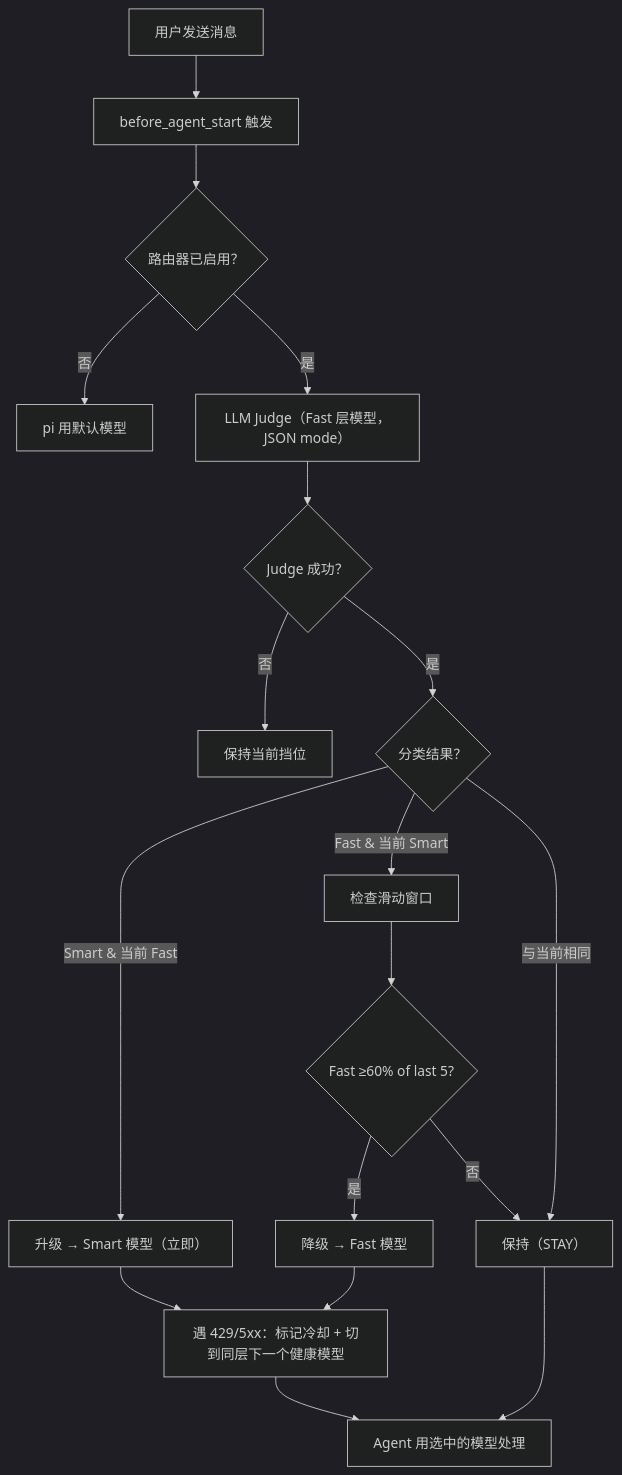
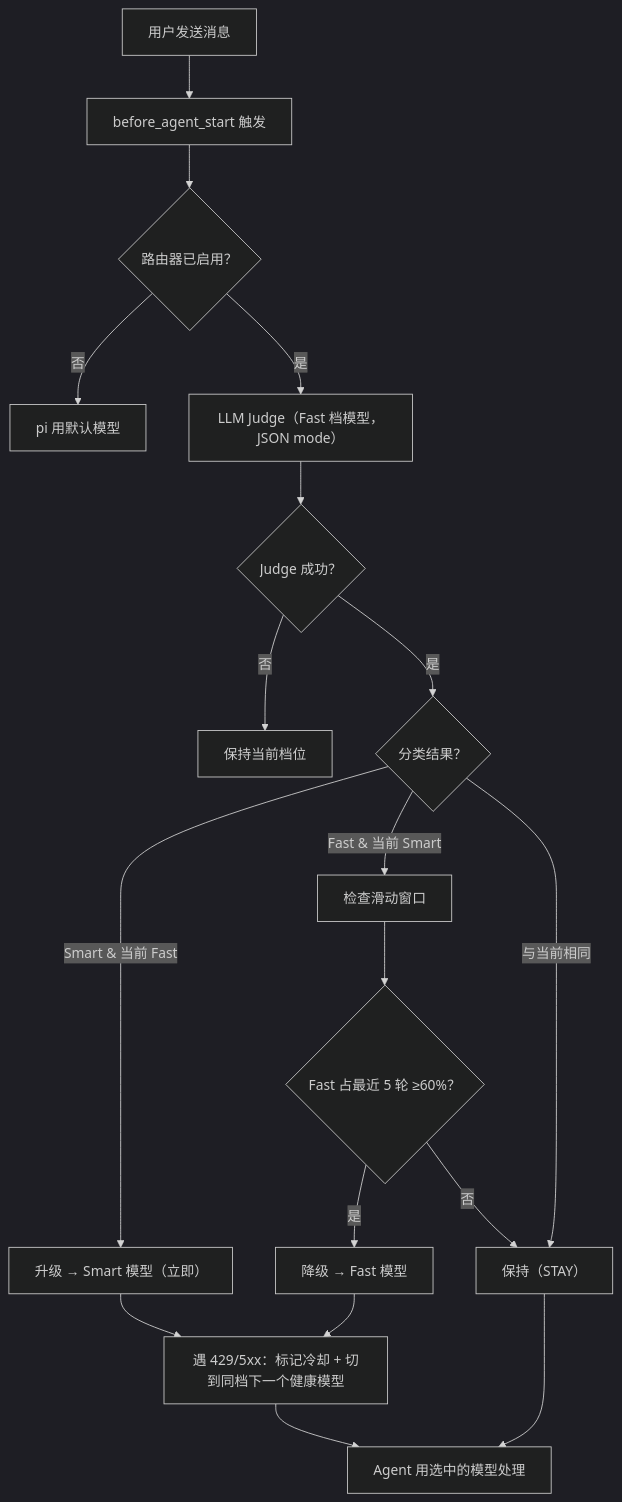
The diagram in README.zh-CN.md (Groveer/pi-shift-router), drawn with Mermaid (dark theme) before and after one commit. The commit also changed other lines of this file and 1 other file, not shown here.

````diff
--- a/README.zh-CN.md
+++ b/README.zh-CN.md
@@ -135,20 +140,20 @@
 ```mermaid
 flowchart TD
     Input["用户发送消息"]
     Input --> Hook["before_agent_start 触发"]
     Hook --> Enabled{"路由器已启用？"}
     Enabled -->|否| Skip["pi 用默认模型"]
-    Enabled -->|是| Judge["LLM Judge（Fast 层模型，JSON mode）"]
+    Enabled -->|是| Judge["LLM Judge（Fast 档模型，JSON mode）"]
     Judge --> Fail{"Judge 成功？"}
-    Fail -->|否| Fallback["保持当前挡位"]
+    Fail -->|否| Fallback["保持当前档位"]
     Fail -->|是| Decide
     Decide{"分类结果？"}
     Decide -->|Smart & 当前 Fast| Upgrade["升级 → Smart 模型（立即）"]
     Decide -->|Fast & 当前 Smart| Trend["检查滑动窗口"]
     Decide -->|与当前相同| Stay["保持（STAY）"]
-    Trend --> Stable{"Fast ≥60% of last 5?"}
+    Trend --> Stable{"Fast 占最近 5 轮 ≥60%？"}
     Stable -->|是| Down["降级 → Fast 模型"]
     Stable -->|否| Stay
-    Upgrade & Down --> Failover["遇 429/5xx：标记冷却 + 切到同层下一个健康模型"]
+    Upgrade & Down --> Failover["遇 429/5xx：标记冷却 + 切到同档下一个健康模型"]
     Failover & Stay --> Done["Agent 用选中的模型处理"]
 ```
````
